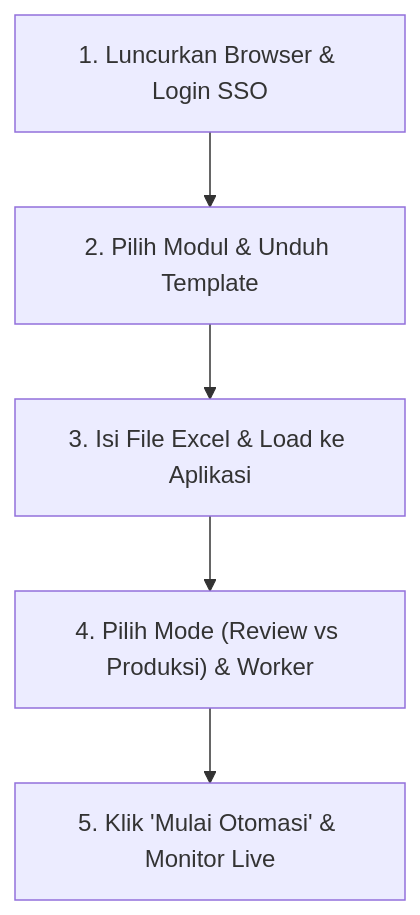
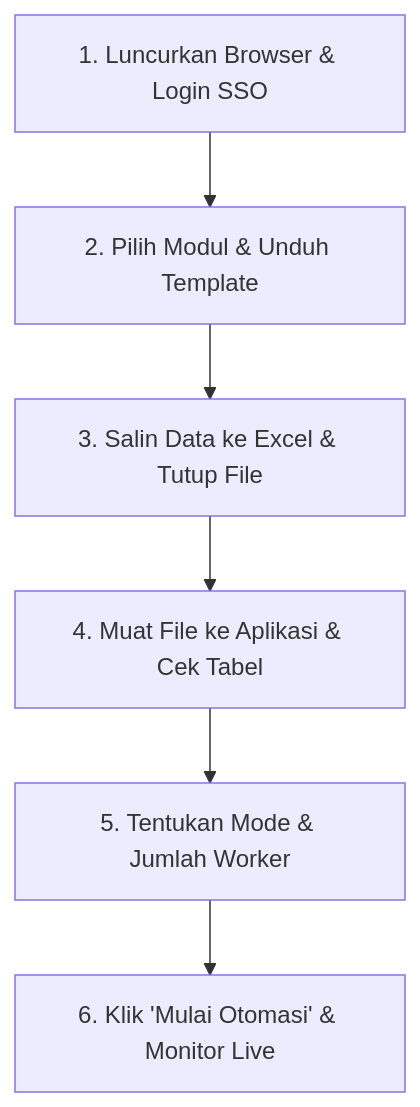
One commit to Qolbinn/fasih-3603-helper changed the first of 10 diagrams in README.md. Above: the diagram before and after it, drawn with Mermaid. The commit also changed other lines of this file, not shown here.

````diff
--- a/README.md
+++ b/README.md
@@ -45,7 +44,8 @@
 ```mermaid
 flowchart TD
     A["1. Luncurkan Browser & Login SSO"] --> B["2. Pilih Modul & Unduh Template"]
-    B --> C["3. Isi File Excel & Load ke Aplikasi"]
-    C --> D["4. Pilih Mode (Review vs Produksi) & Worker"]
-    D --> E["5. Klik 'Mulai Otomasi' & Monitor Live"]
+    B --> C["3. Salin Data ke Excel & Tutup File"]
+    C --> D["4. Muat File ke Aplikasi & Cek Tabel"]
+    D --> E["5. Tentukan Mode & Jumlah Worker"]
+    E --> F["6. Klik 'Mulai Otomasi' & Monitor Live"]
 ```
````
